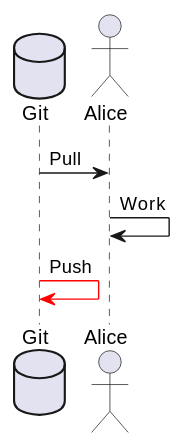
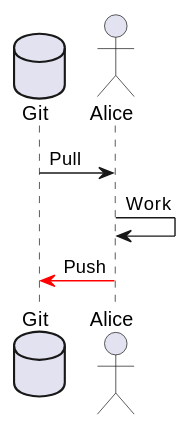
The first of 4 diagrams in demo.adoc (bzzzil/vscode-asciidoc-presentation), drawn with PlantUML before and after one commit. The commit also changed other lines of this file, not shown here.

```diff
--- a/demo.adoc
+++ b/demo.adoc
@@ -78,8 +78,8 @@
 [plantuml]
 ....
 database Git
 actor Alice
 Git -> Alice: Pull
 Alice -> Alice: Work
-Git -[#red]> Git: Push
+Alice -[#red]> Git  : Push
 ....
```
